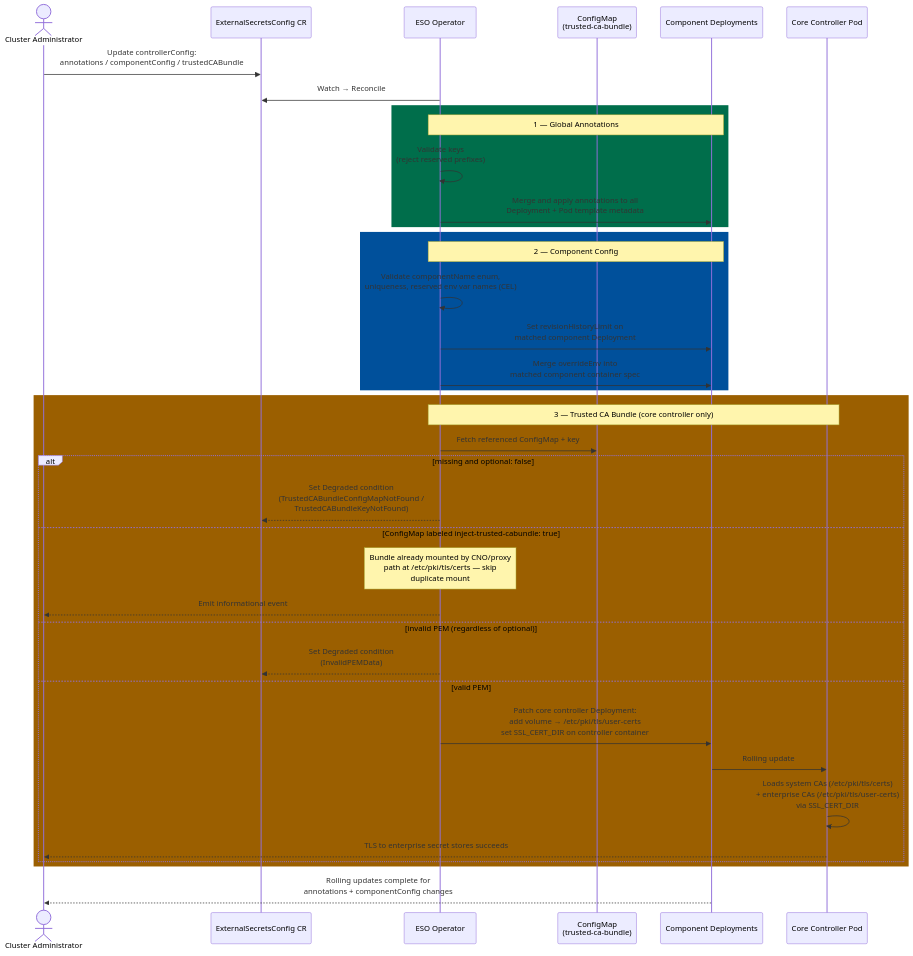
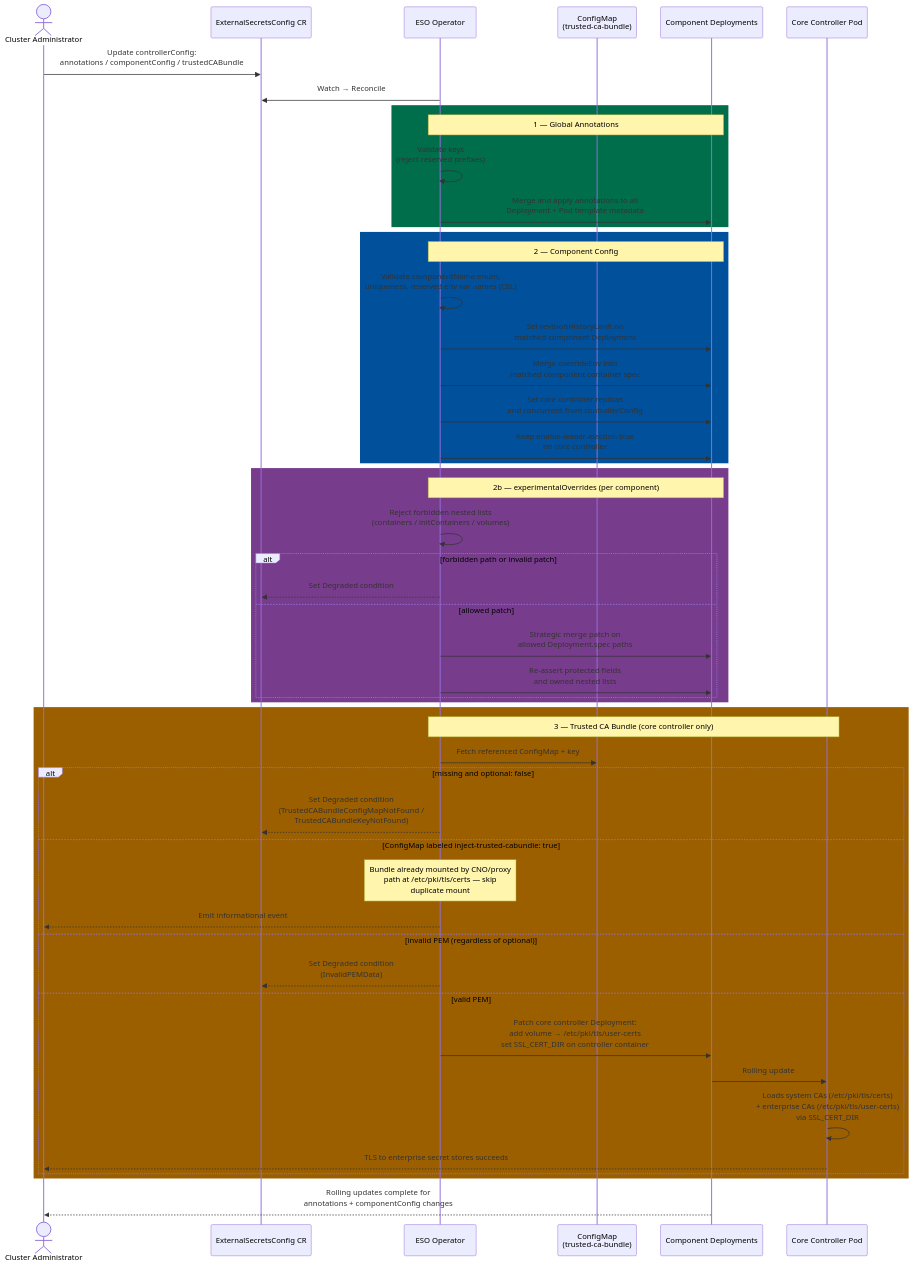
The diagram in enhancements/external-secrets-operator/external-secrets-component-config.md (openshift/enhancements), drawn with Mermaid before and after one commit. The commit also changed other lines of this file, not shown here.

Commit message:
Adds replicas, concurrent, and experimentalOverrides fields

````diff
--- a/enhancements/external-secrets-operator/external-secrets-component-config.md
+++ b/enhancements/external-secrets-operator/external-secrets-component-config.md
@@ -101,45 +163,58 @@
 ```mermaid
 sequenceDiagram
     actor Admin as Cluster Administrator
     participant CR as ExternalSecretsConfig CR
     participant Op as ESO Operator
     participant CM as ConfigMap<br/>(trusted-ca-bundle)
     participant Deps as Component Deployments
     participant Pod as Core Controller Pod
 
     Admin->>CR: Update controllerConfig:<br/>annotations / componentConfig / trustedCABundle
     Op->>CR: Watch → Reconcile
 
     rect rgb(0, 110, 75)
         Note over Op,Deps: 1 — Global Annotations
         Op->>Op: Validate keys<br/>(reject reserved prefixes)
         Op->>Deps: Merge and apply annotations to all<br/>Deployment + Pod template metadata
     end
 
     rect rgb(0, 80, 155)
         Note over Op,Deps: 2 — Component Config
         Op->>Op: Validate componentName enum,<br/>uniqueness, reserved env var names (CEL)
         Op->>Deps: Set revisionHistoryLimit on<br/>matched component Deployment
         Op->>Deps: Merge overrideEnv into<br/>matched component container spec
+        Op->>Deps: Set core controller replicas<br/>and concurrent from controllerConfig
+        Op->>Deps: Keep enable-leader-election true<br/>on core controller
+    end
+
+    rect rgb(120, 60, 140)
+        Note over Op,Deps: 2b — experimentalOverrides (per component)
+        Op->>Op: Reject forbidden nested lists<br/>(containers / initContainers / volumes)
+        alt forbidden path or invalid patch
+            Op-->>CR: Set Degraded condition
+        else allowed patch
+            Op->>Deps: Strategic merge patch on<br/>allowed Deployment.spec paths
+            Op->>Deps: Re-assert protected fields<br/>and owned nested lists
+        end
     end
 
     rect rgb(155, 95, 0)
         Note over Op,Pod: 3 — Trusted CA Bundle (core controller only)
         Op->>CM: Fetch referenced ConfigMap + key
         alt missing and optional: false
             Op-->>CR: Set Degraded condition<br/>(TrustedCABundleConfigMapNotFound /<br/>TrustedCABundleKeyNotFound)
         else ConfigMap labeled inject-trusted-cabundle: true
             Note over Op: Bundle already mounted by CNO/proxy<br/>path at /etc/pki/tls/certs — skip<br/>duplicate mount
             Op-->>Admin: Emit informational event
         else invalid PEM (regardless of optional)
             Op-->>CR: Set Degraded condition<br/>(InvalidPEMData)
         else valid PEM
             Op->>Deps: Patch core controller Deployment:<br/>add volume → /etc/pki/tls/user-certs<br/>set SSL_CERT_DIR on controller container
             Deps->>Pod: Rolling update
             Pod->>Pod: Loads system CAs (/etc/pki/tls/certs)<br/>+ enterprise CAs (/etc/pki/tls/user-certs)<br/>via SSL_CERT_DIR
             Pod-->>Admin: TLS to enterprise secret stores succeeds
         end
     end
 
     Deps-->>Admin: Rolling updates complete for<br/>annotations + componentConfig changes
 ```
````
